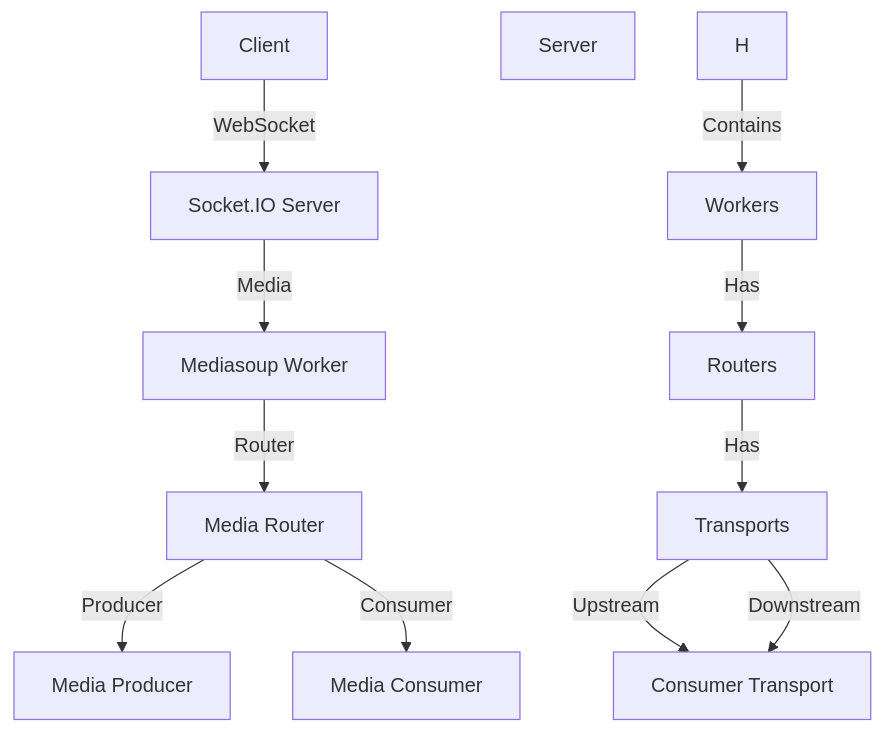
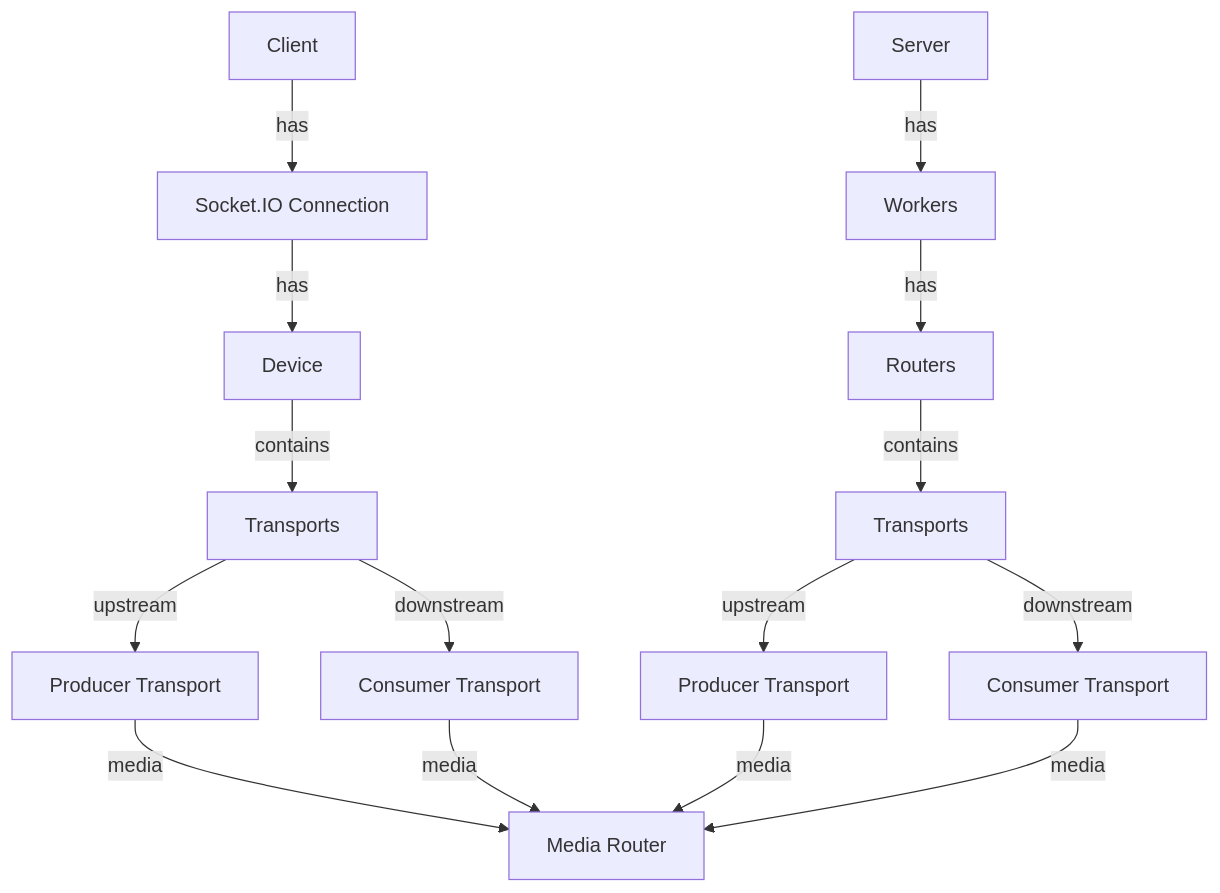
The diagram in README.md (HarshSharma0801/Muxo), drawn with Mermaid before and after one commit.

Commit message:
done readme

````diff
--- a/README.md
+++ b/README.md
@@ -9,14 +9,22 @@
 ```mermaid
 graph TD
-    A[Client] -->|WebSocket| B[Socket.IO Server]
-    B -->|Media| C[Mediasoup Worker]
-    C -->|Router| D[Media Router]
-    D -->|Producer| E[Media Producer]
-    D -->|Consumer| F[Media Consumer]
-    G[Server] 
-    H -->|Contains| I[Workers]
-    I -->|Has| J[Routers]
-    J -->|Has| K[Transports]
-    K -->|Upstream| L[Producer Transport]
-    K -->|Downstream| L[Consumer Transport]
+    %% Client Side
+    A[Client] -->|has| B[Socket.IO Connection]
+    B -->|has| C[Device]
+    C -->|contains| D[Transports]
+    D -->|upstream| E[Producer Transport]
+    D -->|downstream| F[Consumer Transport]
+
+    %% Server Side
+    G[Server] -->|has| H[Workers]
+    H -->|has| I[Routers]
+    I -->|contains| J[Transports]
+    J -->|upstream| K[Producer Transport]
+    J -->|downstream| L[Consumer Transport]
+
+    %% Media Flow
+    E -->|media| M[Media Router]
+    F -->|media| M
+    K -->|media| M
+    L -->|media| M
 ```
````
